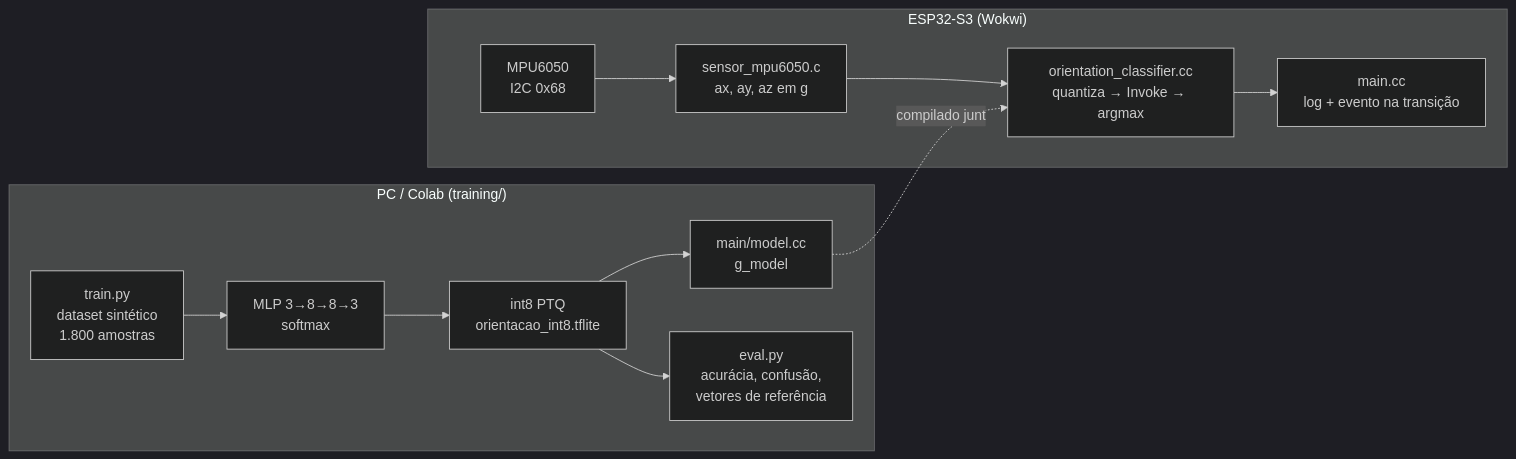
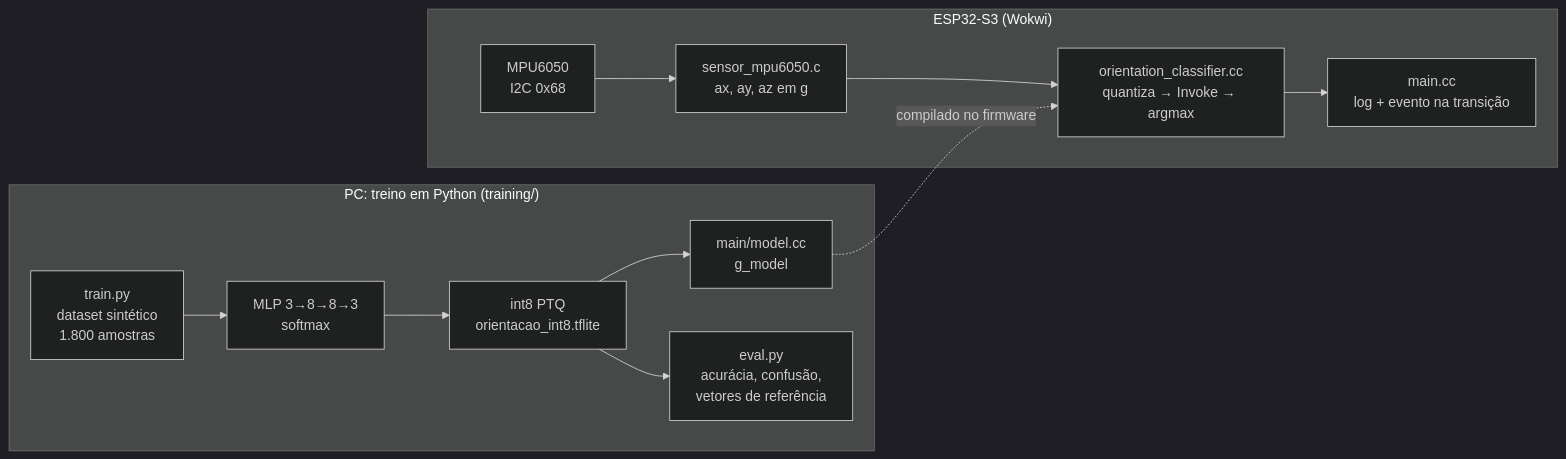
Before and after one commit to reynancs/pratica-04-hello-world: the diagram in extra_mpu6050/README.md, drawn with Mermaid (dark theme). The commit also changed other lines of this file and 4 other files, not shown here.

````diff
--- a/extra_mpu6050/README.md
+++ b/extra_mpu6050/README.md
@@ -61,15 +29,15 @@
 ```mermaid
 flowchart LR
-    subgraph PC["PC / Colab (training/)"]
+    subgraph PC["PC: treino em Python (training/)"]
         A[train.py<br/>dataset sintético<br/>1.800 amostras] --> B[MLP 3→8→8→3<br/>softmax]
         B --> C[int8 PTQ<br/>orientacao_int8.tflite]
         C --> D[main/model.cc<br/>g_model]
         C --> E[eval.py<br/>acurácia, confusão,<br/>vetores de referência]
     end
     subgraph MCU["ESP32-S3 (Wokwi)"]
         F[MPU6050<br/>I2C 0x68] --> G[sensor_mpu6050.c<br/>ax, ay, az em g]
         G --> H[orientation_classifier.cc<br/>quantiza → Invoke → argmax]
-        D -.compilado junto.-> H
+        D -. compilado no firmware .-> H
         H --> I[main.cc<br/>log + evento na transição]
     end
 ```
````
